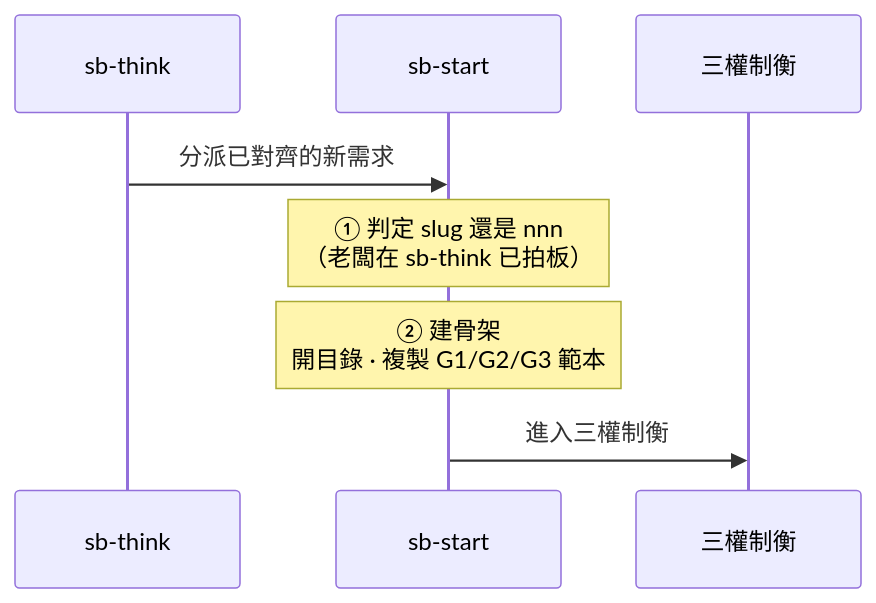
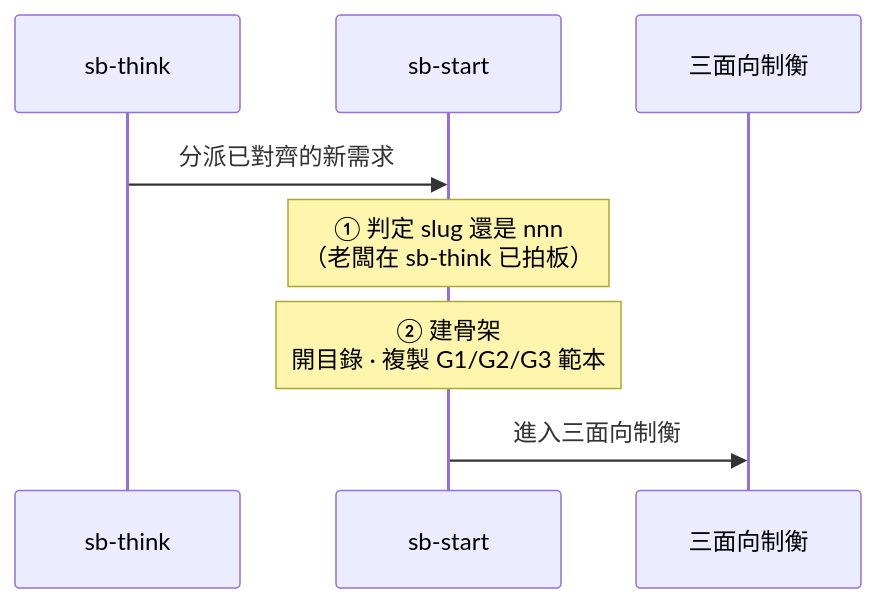
Before and after one commit to teps3105/shiftblame: the diagram in skills/sb-start/SKILL.md, drawn with Mermaid. The commit also changed other lines of this file and 29 other files, not shown here.

````diff
--- a/skills/sb-start/SKILL.md
+++ b/skills/sb-start/SKILL.md
@@ -9,11 +9,11 @@
 ```mermaid
 sequenceDiagram
     participant T as sb-think
     participant S as sb-start
-    participant A as 三權制衡
+    participant A as 三面向制衡
 
     T->>S: 分派已對齊的新需求
     Note over S: ① 判定 slug 還是 nnn<br/>（老闆在 sb-think 已拍板）
     Note over S: ② 建骨架<br/>開目錄 · 複製 G1/G2/G3 範本
-    S->>A: 進入三權制衡
+    S->>A: 進入三面向制衡
 ```
````
